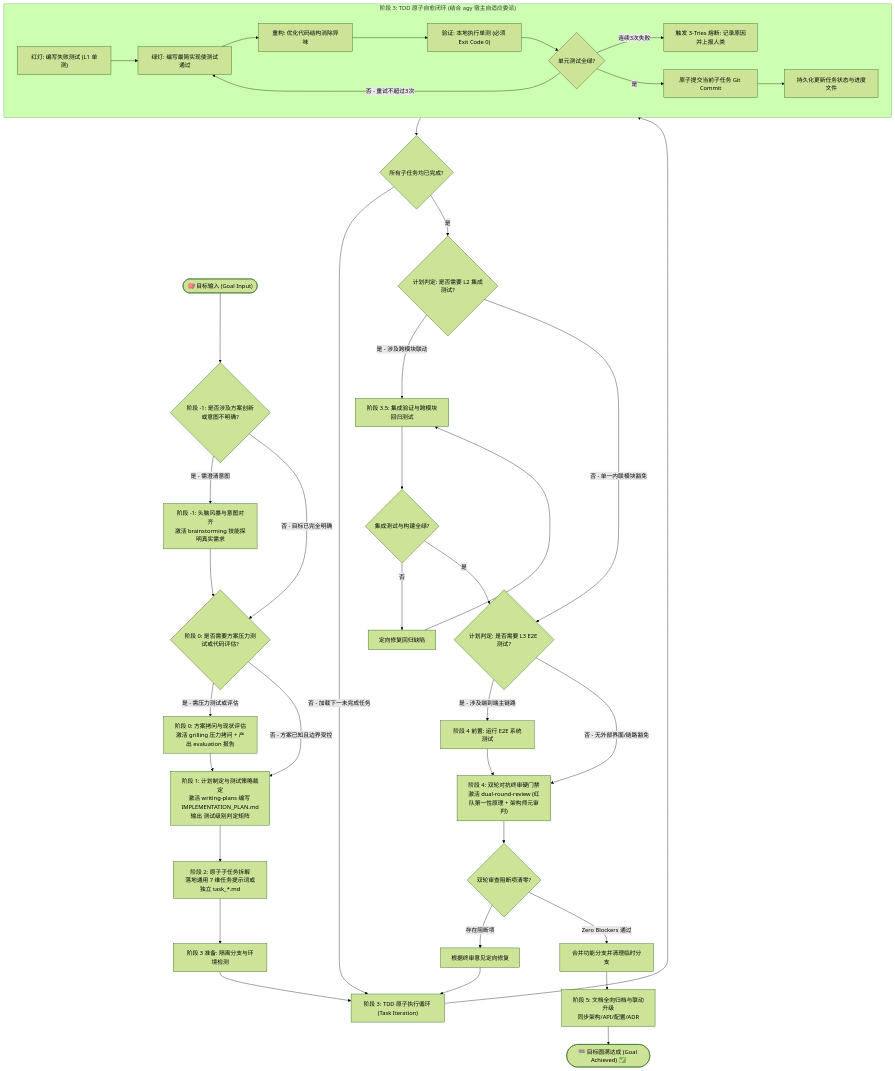
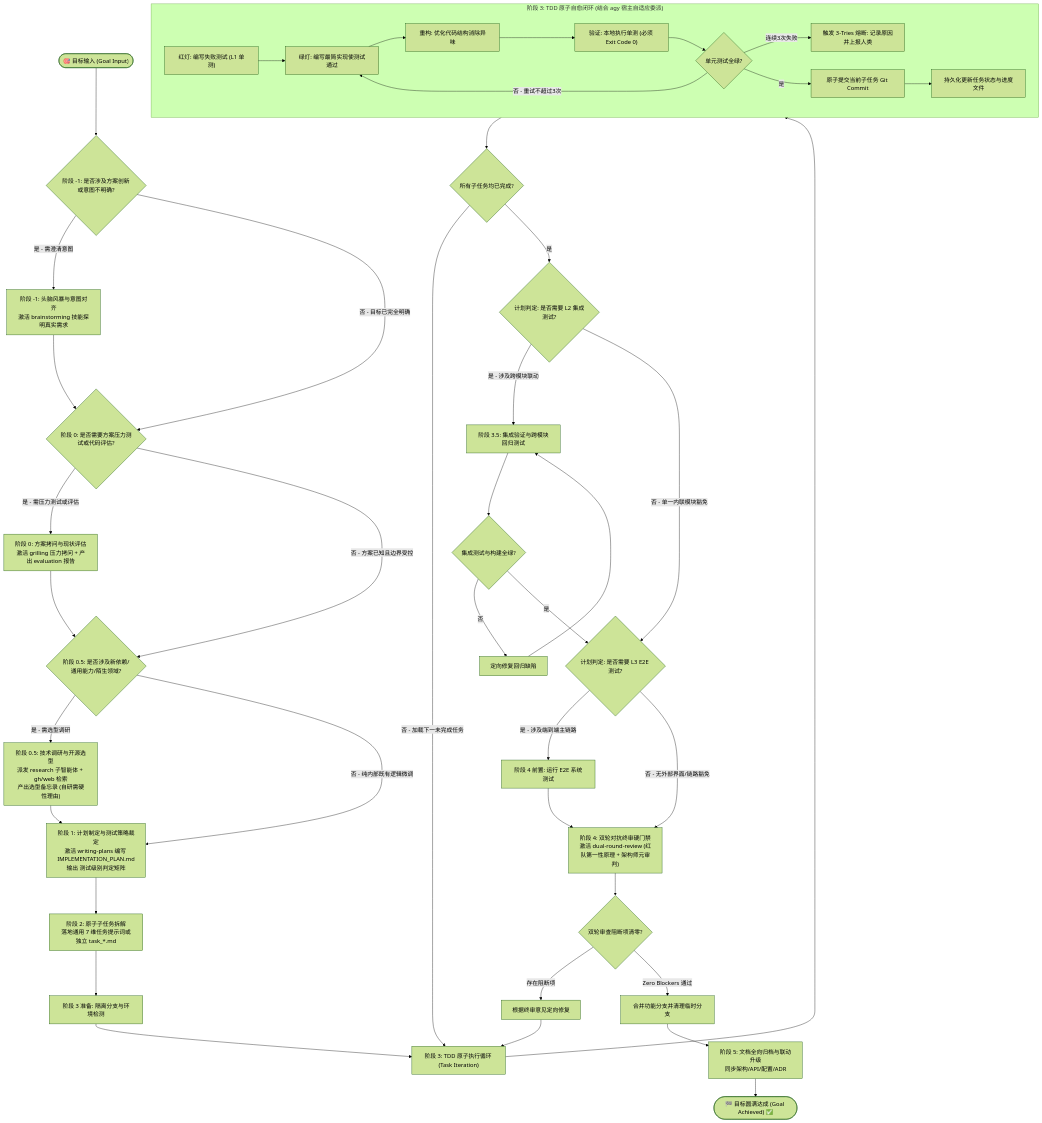
The diagram in docs/design/goal-loop-design.md (CodingRookie98/cr-agent-arsenal), drawn with Mermaid (forest theme) before and after one commit. The commit also changed other lines of this file and 7 other files, not shown here.

````diff
--- a/docs/design/goal-loop-design.md
+++ b/docs/design/goal-loop-design.md
@@ -67,51 +67,55 @@
 ```mermaid
 graph TD
     Start(["🎯 目标输入 (Goal Input)"]) --> P_Minus1{"阶段 -1: 是否涉及方案创新或意图不明确?"}
     
     P_Minus1 -->|"是 - 需澄清意图"| Brainstorm["阶段 -1: 头脑风暴与意图对齐<br/>激活 brainstorming 技能探明真实需求"]
     P_Minus1 -->|"否 - 目标已完全明确"| P0_Check
     Brainstorm --> P0_Check{"阶段 0: 是否需要方案压力测试或代码评估?"}
     
     P0_Check -->|"是 - 需压力测试或评估"| Grill["阶段 0: 方案拷问与现状评估<br/>激活 grilling 压力拷问 + 产出 evaluation 报告"]
-    P0_Check -->|"否 - 方案已知且边界受控"| P1
-    Grill --> P1["阶段 1: 计划制定与测试策略裁定<br/>激活 writing-plans 编写 IMPLEMENTATION_PLAN.md<br/>输出 测试级别判定矩阵"]
+    P0_Check -->|"否 - 方案已知且边界受控"| P05_Check
+    Grill --> P05_Check{"阶段 0.5: 是否涉及新依赖/通用能力/陌生领域?"}
+
+    P05_Check -->|"是 - 需选型调研"| Spike["阶段 0.5: 技术调研与开源选型<br/>派发 research 子智能体 + gh/web 检索<br/>产出选型备忘录 (自研需硬性理由)"]
+    P05_Check -->|"否 - 纯内部既有逻辑微调"| P1
+    Spike --> P1["阶段 1: 计划制定与测试策略裁定<br/>激活 writing-plans 编写 IMPLEMENTATION_PLAN.md<br/>输出 测试级别判定矩阵"]
     
     P1 --> P2["阶段 2: 原子子任务拆解<br/>落地通用 7 维任务提示词或独立 task_*.md"]
     P2 --> Branch["阶段 3 准备: 隔离分支与环境检测"]
     
     Branch --> LoopHeader["阶段 3: TDD 原子执行循环 (Task Iteration)"]
     
     subgraph TDDCycle["阶段 3: TDD 原子自愈闭环 (结合 agy 宿主自适应委派)"]
         T1["红灯: 编写失败测试 (L1 单测)"] --> T2["绿灯: 编写最简实现使测试通过"]
         T2 --> T3["重构: 优化代码结构消除异味"]
         T3 --> T4["验证: 本地执行单测 (必须 Exit Code 0)"]
         T4 --> PassCheck{"单元测试全绿?"}
         PassCheck -->|"否 - 重试不超过3次"| T2
         PassCheck -->|"连续3次失败"| Escalate["触发 3-Tries 熔断: 记录原因并上报人类"]
         PassCheck -->|"是"| Commit["原子提交当前子任务 Git Commit"]
         Commit --> Persist["持久化更新任务状态与进度文件"]
     end
     
     LoopHeader --> TDDCycle
     TDDCycle --> AllDone{"所有子任务均已完成?"}
     AllDone -->|"否 - 加载下一未完成任务"| LoopHeader
     
     AllDone -->|"是"| NeedInteg{"计划判定: 是否需要 L2 集成测试?"}
     NeedInteg -->|"是 - 涉及跨模块联动"| P35["阶段 3.5: 集成验证与跨模块回归测试"]
     NeedInteg -->|"否 - 单一内联模块豁免"| NeedE2E
     
     P35 --> IntegCheck{"集成测试与构建全绿?"}
     IntegCheck -->|"否"| FixInteg["定向修复回归缺陷"] --> P35
     IntegCheck -->|"是"| NeedE2E{"计划判定: 是否需要 L3 E2E 测试?"}
     
     NeedE2E -->|"是 - 涉及端到端主链路"| E2ERun["阶段 4 前置: 运行 E2E 系统测试"]
     NeedE2E -->|"否 - 无外部界面/链路豁免"| DualRevGate
     E2ERun --> DualRevGate["阶段 4: 双轮对抗终审硬门禁<br/>激活 dual-round-review (红队第一性原理 + 架构师元审判)"]
     
     DualRevGate --> RevPass{"双轮审查阻断项清零?"}
     RevPass -->|"存在阻断项"| FixBlocker["根据终审意见定向修复"] --> LoopHeader
     RevPass -->|"Zero Blockers 通过"| Merged["合并功能分支并清理临时分支"]
     
     Merged --> P5["阶段 5: 文档全向归档与联动升级<br/>同步架构/API/配置/ADR"]
     P5 --> Finish(["🏁 目标圆满达成 (Goal Achieved) ✅"])
 ```
````
